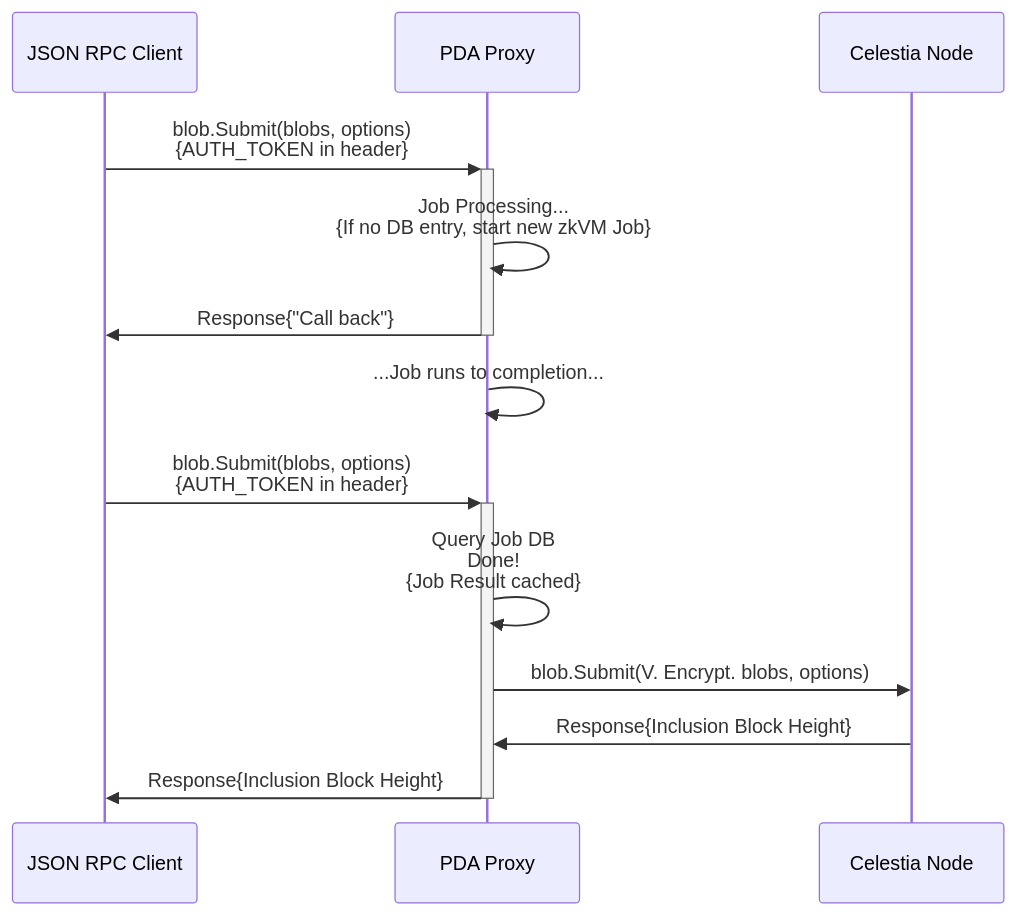
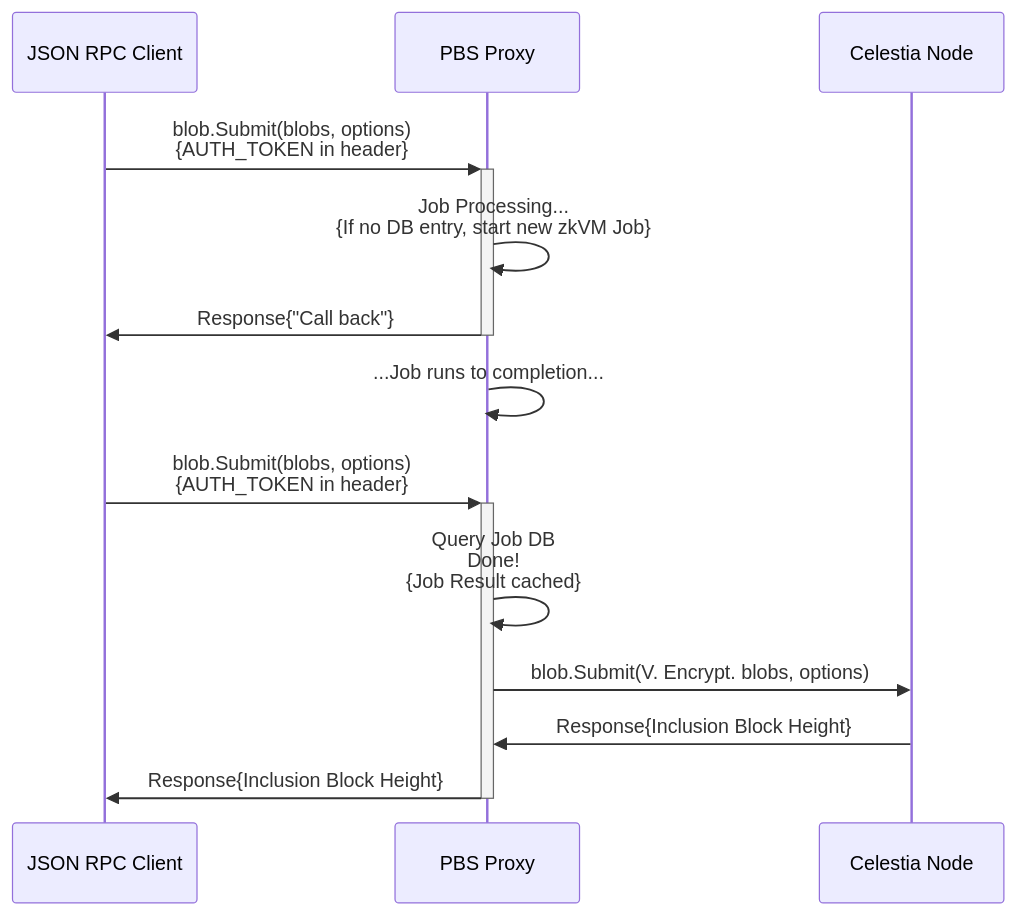
One commit to celestiaorg/private-blockspace-proxy changed the first of 3 diagrams in README.md. Above: the diagram before and after it, drawn with Mermaid. The commit also changed other lines of this file and 15 other files, not shown here.

````diff
--- a/README.md
+++ b/README.md
@@ -78,15 +65,15 @@
 ```mermaid
 sequenceDiagram
     participant JSON RPC Client
-    participant PDA Proxy
+    participant PBS Proxy
     participant Celestia Node
-    JSON RPC Client->>+PDA Proxy: blob.Submit(blobs, options)<br>{AUTH_TOKEN in header}
-    PDA Proxy->>PDA Proxy: Job Processing...<br>{If no DB entry, start new zkVM Job}
-    PDA Proxy->>-JSON RPC Client: Response{"Call back"}
-    PDA Proxy->>PDA Proxy: ...Job runs to completion...
-    JSON RPC Client->>+PDA Proxy:  blob.Submit(blobs, options)<br>{AUTH_TOKEN in header}
-    PDA Proxy->>PDA Proxy: Query Job DB<br>Done!<br>{Job Result cached}
-    PDA Proxy->>Celestia Node: blob.Submit(V. Encrypt. blobs, options)
-    Celestia Node->>PDA Proxy: Response{Inclusion Block Height}
-    PDA Proxy->>-JSON RPC Client: Response{Inclusion Block Height}
+    JSON RPC Client->>+PBS Proxy: blob.Submit(blobs, options)<br>{AUTH_TOKEN in header}
+    PBS Proxy->>PBS Proxy: Job Processing...<br>{If no DB entry, start new zkVM Job}
+    PBS Proxy->>-JSON RPC Client: Response{"Call back"}
+    PBS Proxy->>PBS Proxy: ...Job runs to completion...
+    JSON RPC Client->>+PBS Proxy:  blob.Submit(blobs, options)<br>{AUTH_TOKEN in header}
+    PBS Proxy->>PBS Proxy: Query Job DB<br>Done!<br>{Job Result cached}
+    PBS Proxy->>Celestia Node: blob.Submit(V. Encrypt. blobs, options)
+    Celestia Node->>PBS Proxy: Response{Inclusion Block Height}
+    PBS Proxy->>-JSON RPC Client: Response{Inclusion Block Height}
 ```
````
